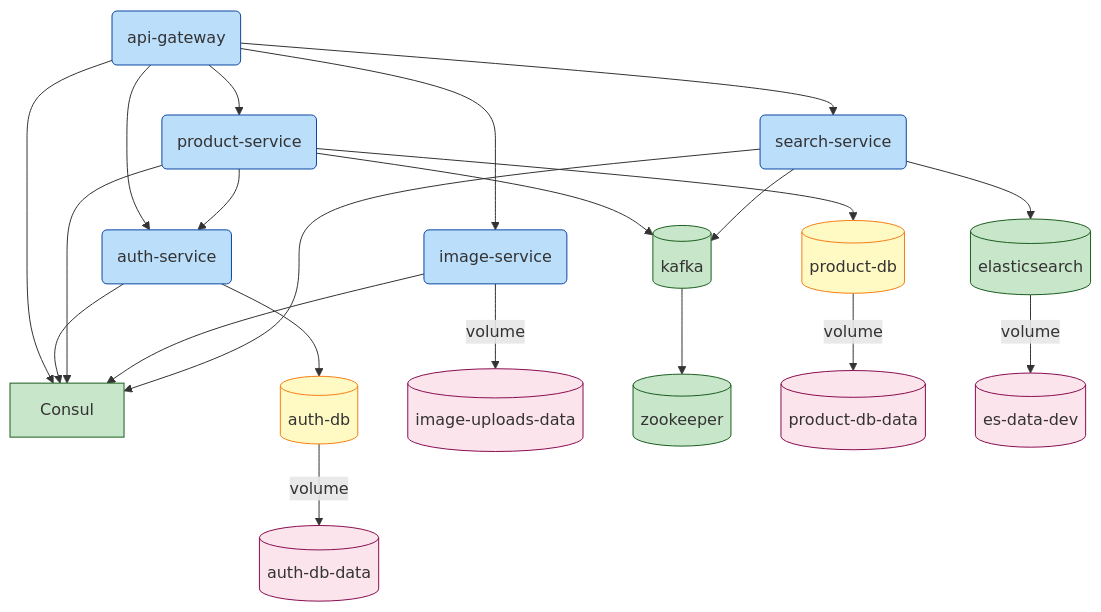
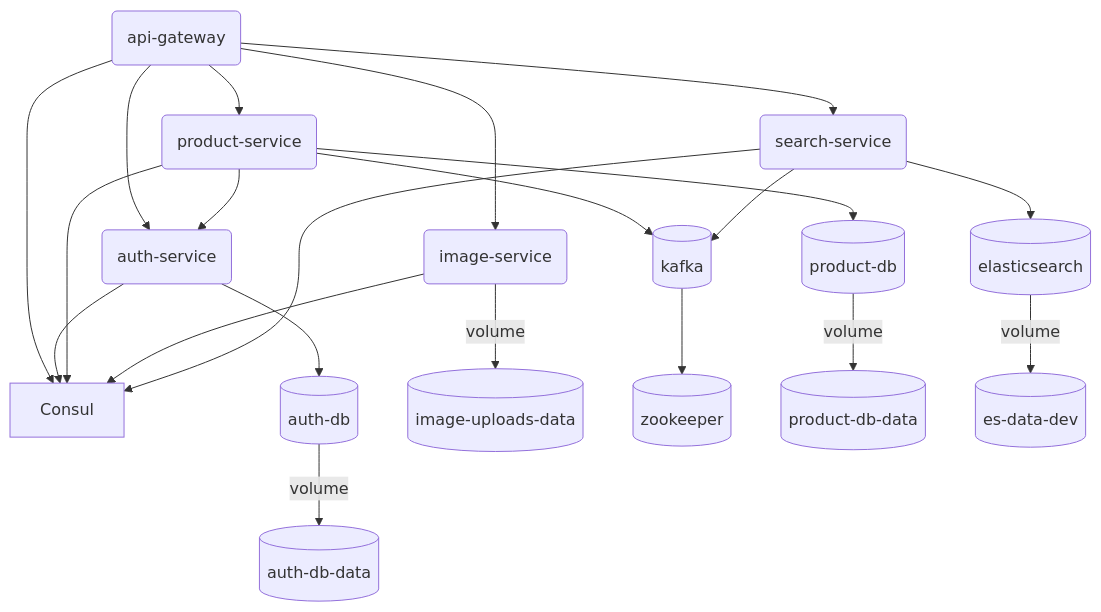
The ninth of 9 diagrams in apiDocumentation.md (HarcheSamir/esisba-lirmm-ecommerce), drawn with Mermaid before and after one commit. The commit also changed other lines of this file, not shown here.

````diff
--- a/apiDocumentation.md
+++ b/apiDocumentation.md
@@ -343,39 +384,29 @@
 ```mermaid
 graph TD
     APIGW(api-gateway) --> Consul
     APIGW --> AuthSvc
     APIGW --> ProductSvc
     APIGW --> ImageSvc
     APIGW --> SearchSvc
 
     AuthSvc(auth-service) --> Consul
     AuthSvc --> AuthDB[(auth-db)]
 
     ProductSvc(product-service) --> Consul
     ProductSvc --> ProductDB[(product-db)]
     ProductSvc --> Kafka[(kafka)]
     ProductSvc --> AuthSvc
 
     ImageSvc(image-service) --> Consul
     ImageSvc -- volume --> ImageData[(image-uploads-data)]
 
     SearchSvc(search-service) --> Consul
     SearchSvc --> Kafka
     SearchSvc --> ES[(elasticsearch)]
 
     Kafka --> Zookeeper[(zookeeper)]
 
     AuthDB -- volume --> AuthData[(auth-db-data)]
     ProductDB -- volume --> ProductData[(product-db-data)]
     ES -- volume --> ESData[(es-data-dev)]
-
-    classDef service fill:#BBDEFB,stroke:#0D47A1;
-    classDef infra fill:#C8E6C9,stroke:#1B5E20;
-    classDef db fill:#FFF9C4,stroke:#F57F17;
-    classDef volume fill:#FCE4EC,stroke:#880E4F;
-
-    class APIGW,AuthSvc,ProductSvc,ImageSvc,SearchSvc service;
-    class Consul,Kafka,Zookeeper,ES infra;
-    class AuthDB,ProductDB db;
-    class AuthData,ProductData,ImageData,ESData volume;
 ```
````
